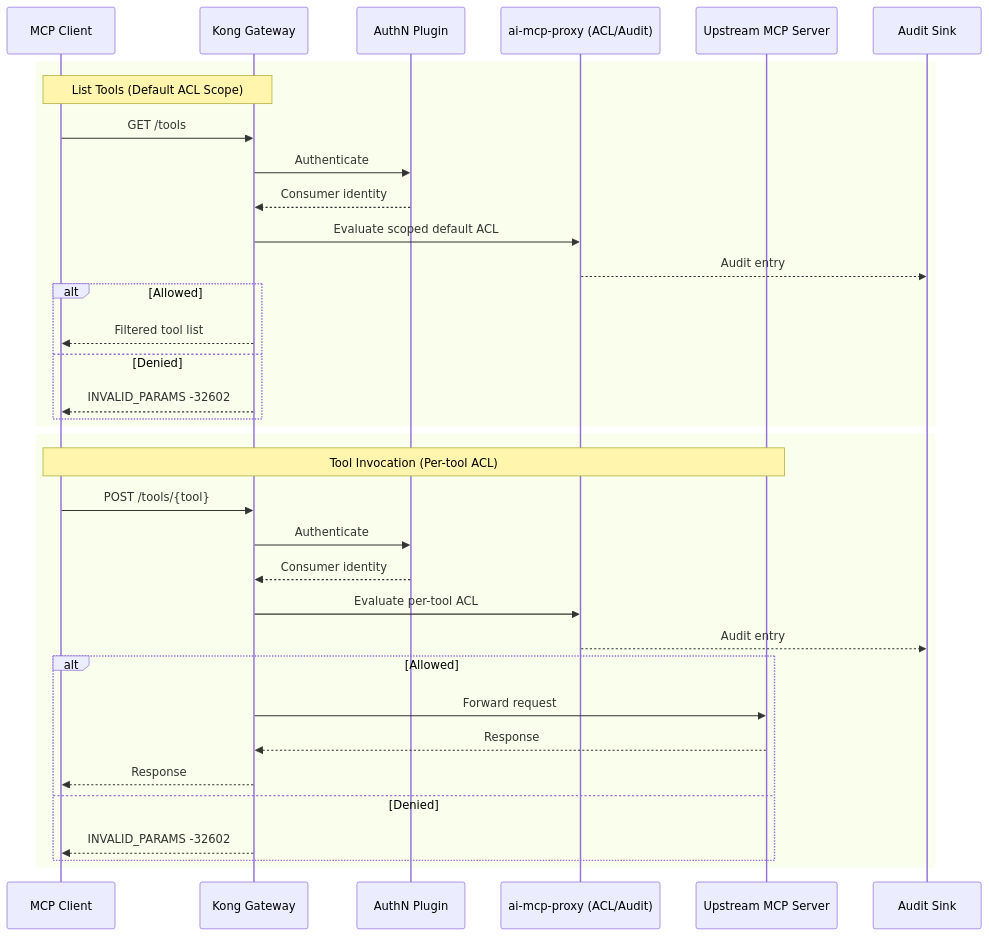
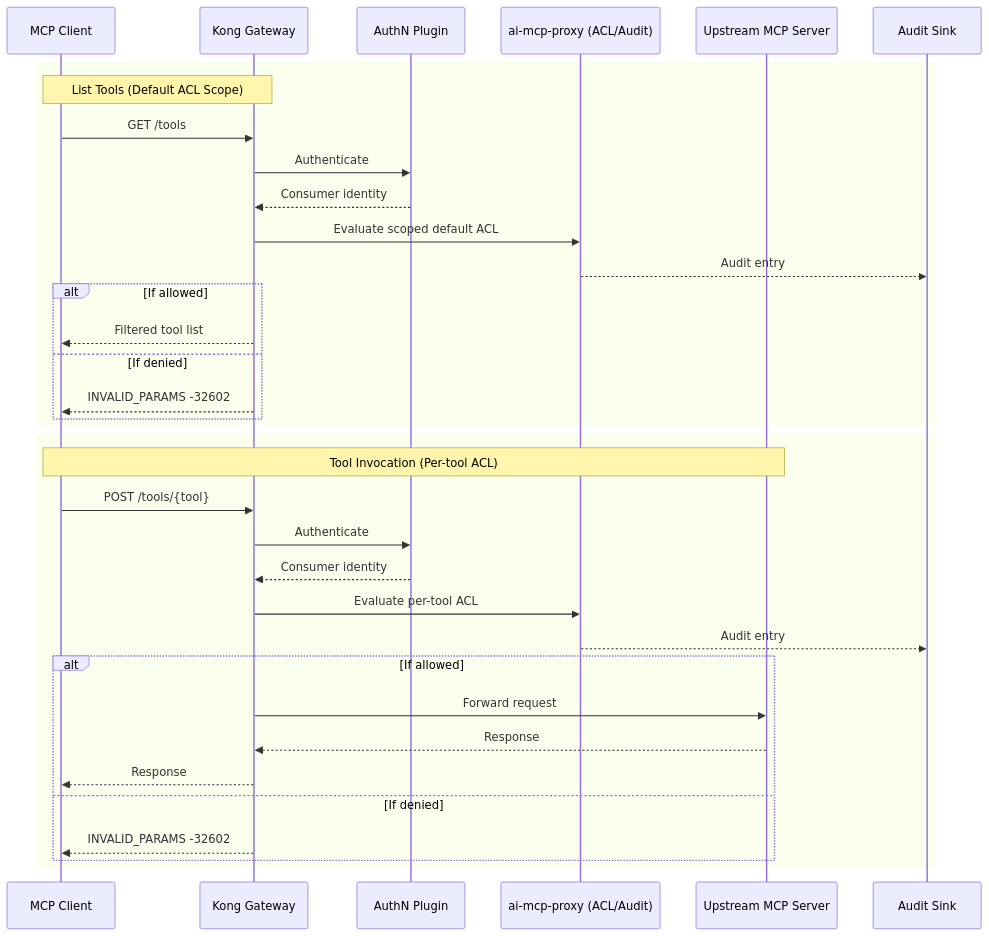
One commit to Kong/developer.konghq.com changed the second of 2 diagrams in app/_kong_plugins/ai-mcp-proxy/index.md. Above: the diagram before and after it, drawn with Mermaid. The commit also changed 10 other files, not shown here.

Commit message:
add 'if' to alt/opt in mermaid diagrams

```diff
--- a/app/_kong_plugins/ai-mcp-proxy/index.md
+++ b/app/_kong_plugins/ai-mcp-proxy/index.md
@@ -354,41 +354,41 @@
 {% mermaid %}
 sequenceDiagram
   participant Client as MCP Client
   participant Kong as Kong Gateway
   participant Auth as AuthN Plugin
   participant ACL as ai-mcp-proxy (ACL/Audit)
   participant Up as Upstream MCP Server
   participant Log as Audit Sink
 
   %% ----- List Tools -----
   rect
     note over Client,Kong: List Tools (Default ACL Scope)
     Client->>Kong: GET /tools
     Kong->>Auth: Authenticate
     Auth-->>Kong: Consumer identity
     Kong->>ACL: Evaluate scoped default ACL
     ACL-->>Log: Audit entry
-    alt Allowed
+    alt If allowed
       Kong-->>Client: Filtered tool list
-    else Denied
+    else If denied
       Kong-->>Client: INVALID_PARAMS -32602
     end
   end
 
   %% ----- Tool Invocation -----
   rect
     note over Client,Up: Tool Invocation (Per-tool ACL)
     Client->>Kong: POST /tools/{tool}
     Kong->>Auth: Authenticate
     Auth-->>Kong: Consumer identity
     Kong->>ACL: Evaluate per-tool ACL
     ACL-->>Log: Audit entry
-    alt Allowed
+    alt If allowed
       Kong->>Up: Forward request
       Up-->>Kong: Response
       Kong-->>Client: Response
-    else Denied
+    else If denied
       Kong-->>Client: INVALID_PARAMS -32602
     end
   end
 {% endmermaid %}
```
